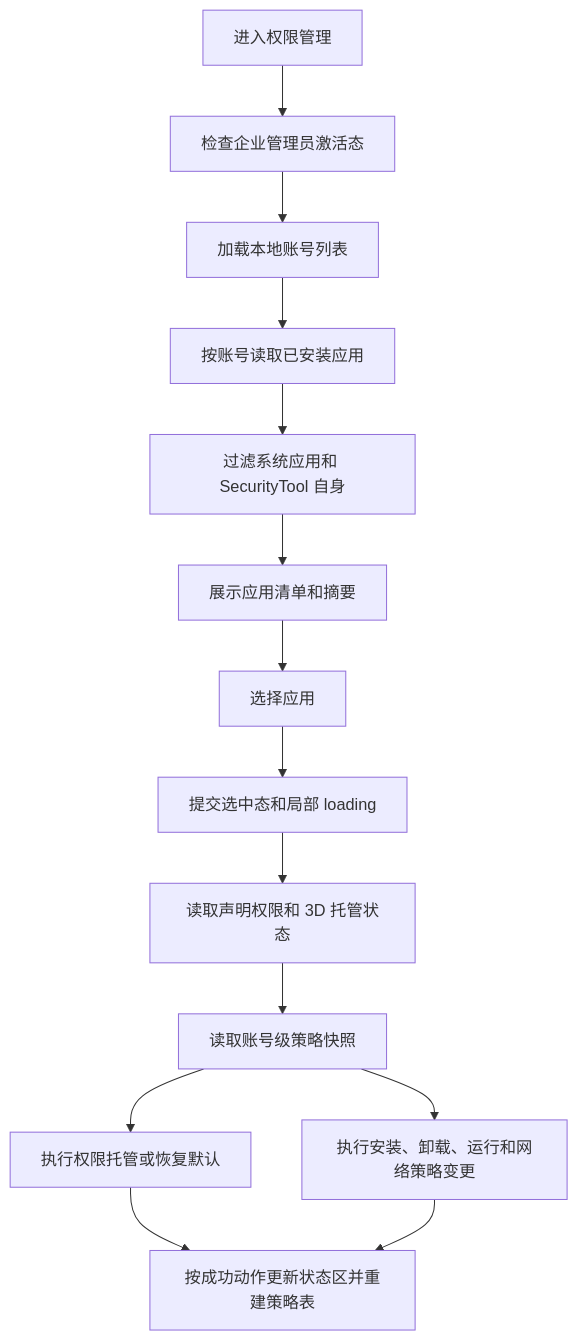
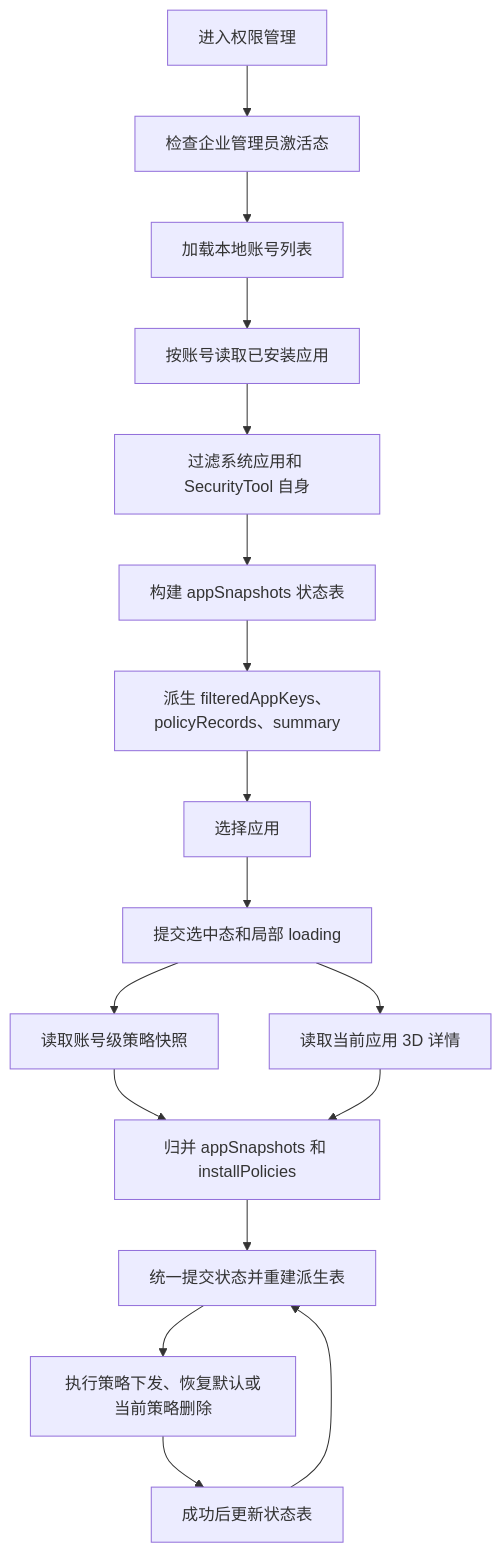
The diagram in docs/03-模块设计/权限管理组件设计说明.md (Deslord319/security_tool), drawn with Mermaid before and after one commit. The commit also changed other lines of this file and 10 other files, not shown here.

````diff
--- a/docs/03-模块设计/权限管理组件设计说明.md
+++ b/docs/03-模块设计/权限管理组件设计说明.md
@@ -158,16 +154,19 @@
 ```mermaid
 flowchart TD
   A["进入权限管理"] --> B["检查企业管理员激活态"]
   B --> C["加载本地账号列表"]
   C --> D["按账号读取已安装应用"]
   D --> E["过滤系统应用和 SecurityTool 自身"]
-  E --> G["展示应用清单和摘要"]
+  E --> F["构建 appSnapshots 状态表"]
+  F --> G["派生 filteredAppKeys、policyRecords、summary"]
   G --> H["选择应用"]
   H --> I["提交选中态和局部 loading"]
-  I --> J["读取声明权限和 3D 托管状态"]
-  J --> N["读取账号级策略快照"]
-  N --> K["执行权限托管或恢复默认"]
-  N --> L["执行安装、卸载、运行和网络策略变更"]
-  K --> M["按成功动作更新状态区并重建策略表"]
-  L --> M
+  I --> J["读取账号级策略快照"]
+  I --> K["读取当前应用 3D 详情"]
+  J --> L["归并 appSnapshots 和 installPolicies"]
+  K --> L
+  L --> M["统一提交状态并重建派生表"]
+  M --> N["执行策略下发、恢复默认或当前策略删除"]
+  N --> O["成功后更新状态表"]
+  O --> M
 ```
````
